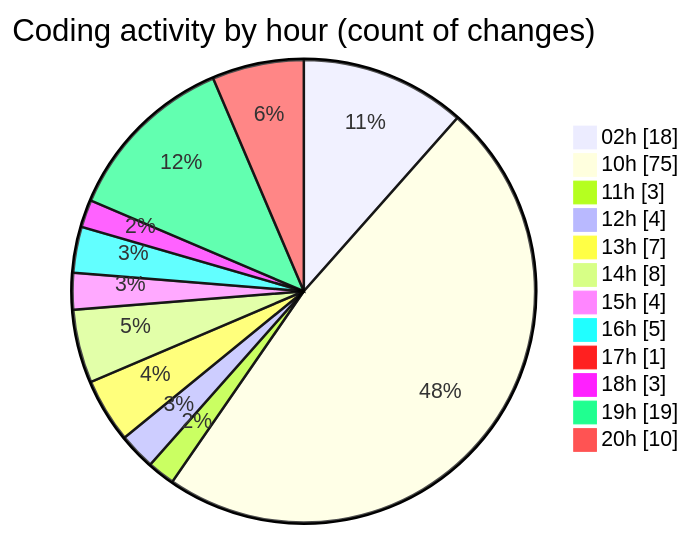
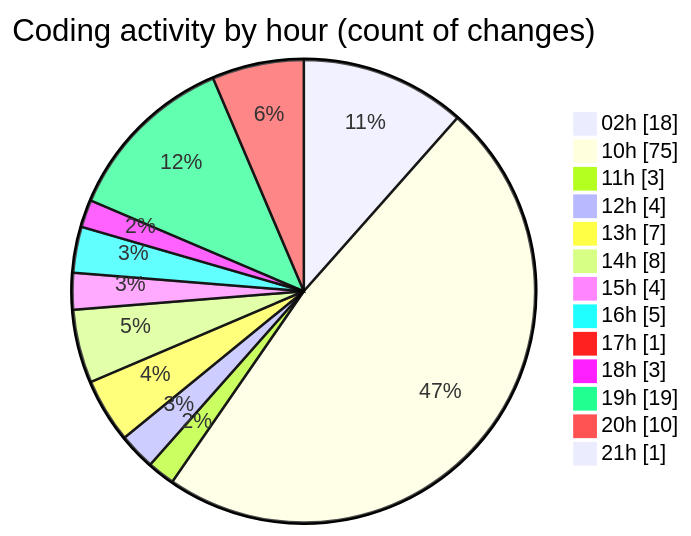
Before and after one commit to shibass792/code-tracking: the second of 2 diagrams in 2026-07-08/twenty_versions_aminor/README.md, drawn with Mermaid. The commit also changed other lines of this file and 1 other file, not shown here.

````diff
--- a/2026-07-08/twenty_versions_aminor/README.md
+++ b/2026-07-08/twenty_versions_aminor/README.md
@@ -54,16 +55,17 @@
 ```mermaid
 pie showData
 title Coding activity by hour (count of changes)
 "02h" : 18
 "10h" : 75
 "11h" : 3
 "12h" : 4
 "13h" : 7
 "14h" : 8
 "15h" : 4
 "16h" : 5
 "17h" : 1
 "18h" : 3
 "19h" : 19
 "20h" : 10
+"21h" : 1
 ```
````
